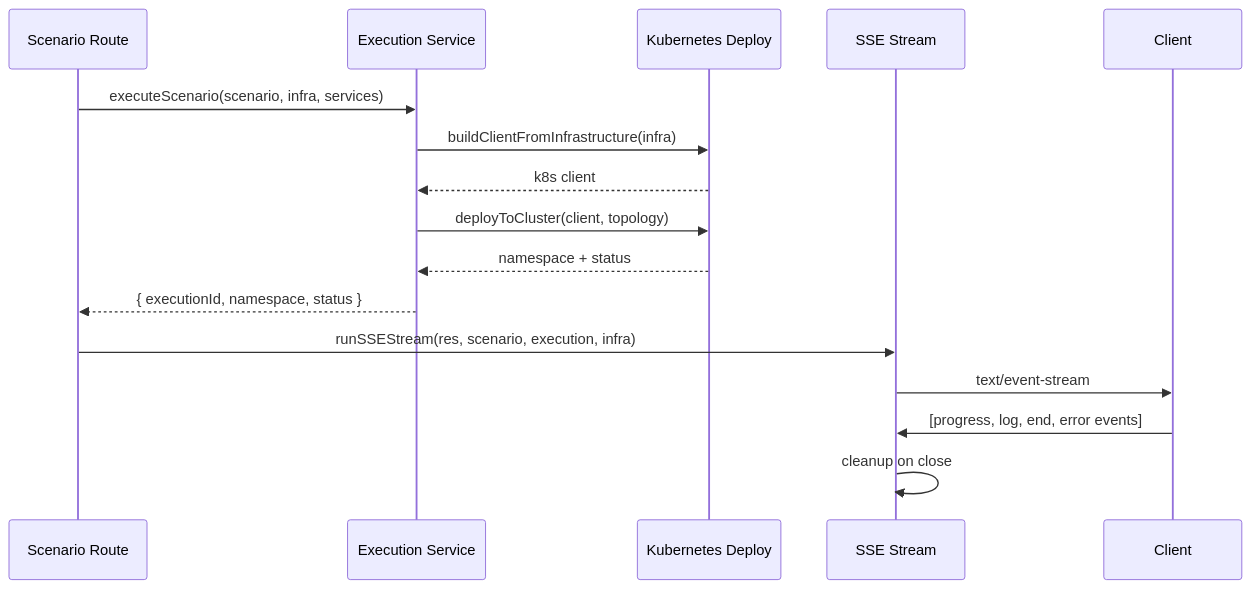
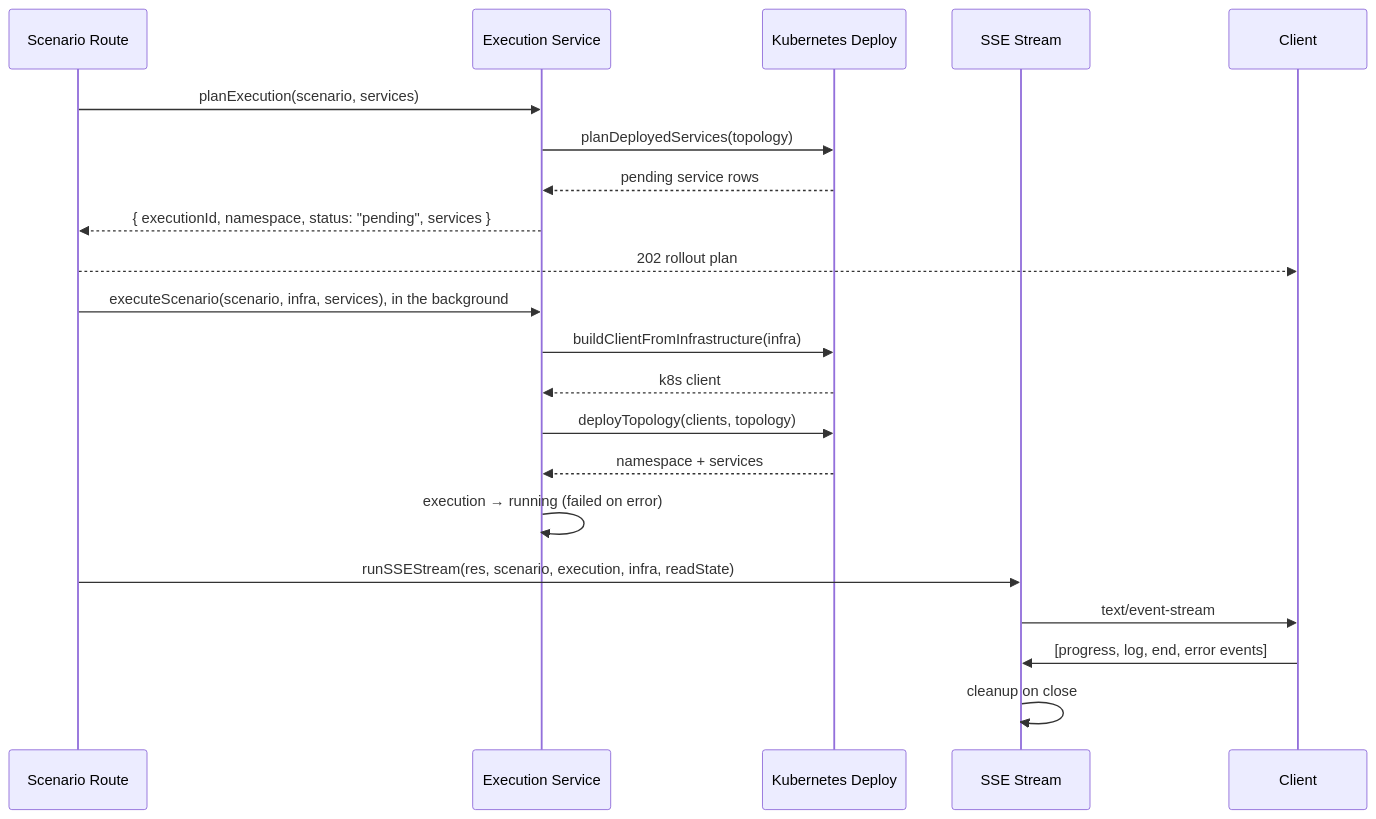
One commit to montimage-projects/mi-digitaltwin-management-service changed the third of 3 diagrams in docs/architecture/backend.md. Above: the diagram before and after it, drawn with Mermaid. The commit also changed 14 other files, not shown here.

````diff
--- a/docs/architecture/backend.md
+++ b/docs/architecture/backend.md
@@ -492,20 +492,26 @@
 ```mermaid
 sequenceDiagram
  participant S as Scenario Route
  participant E as Execution Service
  participant K as Kubernetes Deploy
  participant SSE as SSE Stream
  participant C as Client
 
- S->>E: executeScenario(scenario, infra, services)
+ S->>E: planExecution(scenario, services)
+ E->>K: planDeployedServices(topology)
+ K-->>E: pending service rows
+ E-->>S: { executionId, namespace, status: "pending", services }
+ S-->>C: 202 rollout plan
+
+ S->>E: executeScenario(scenario, infra, services), in the background
  E->>K: buildClientFromInfrastructure(infra)
  K-->>E: k8s client
- E->>K: deployToCluster(client, topology)
- K-->>E: namespace + status
- E-->>S: { executionId, namespace, status }
+ E->>K: deployTopology(clients, topology)
+ K-->>E: namespace + services
+ E->>E: execution → running (failed on error)
 
- S->>SSE: runSSEStream(res, scenario, execution, infra)
+ S->>SSE: runSSEStream(res, scenario, execution, infra, readState)
  SSE->>C: text/event-stream
  C->>SSE: [progress, log, end, error events]
  SSE->>SSE: cleanup on close
 ```
````
